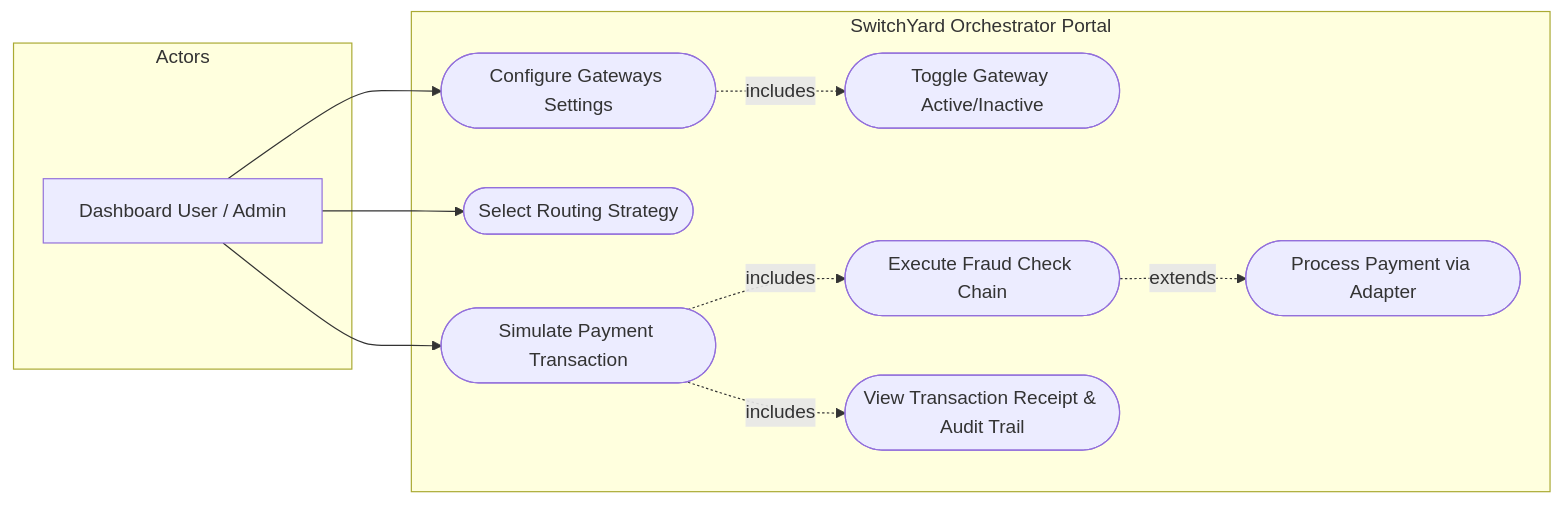
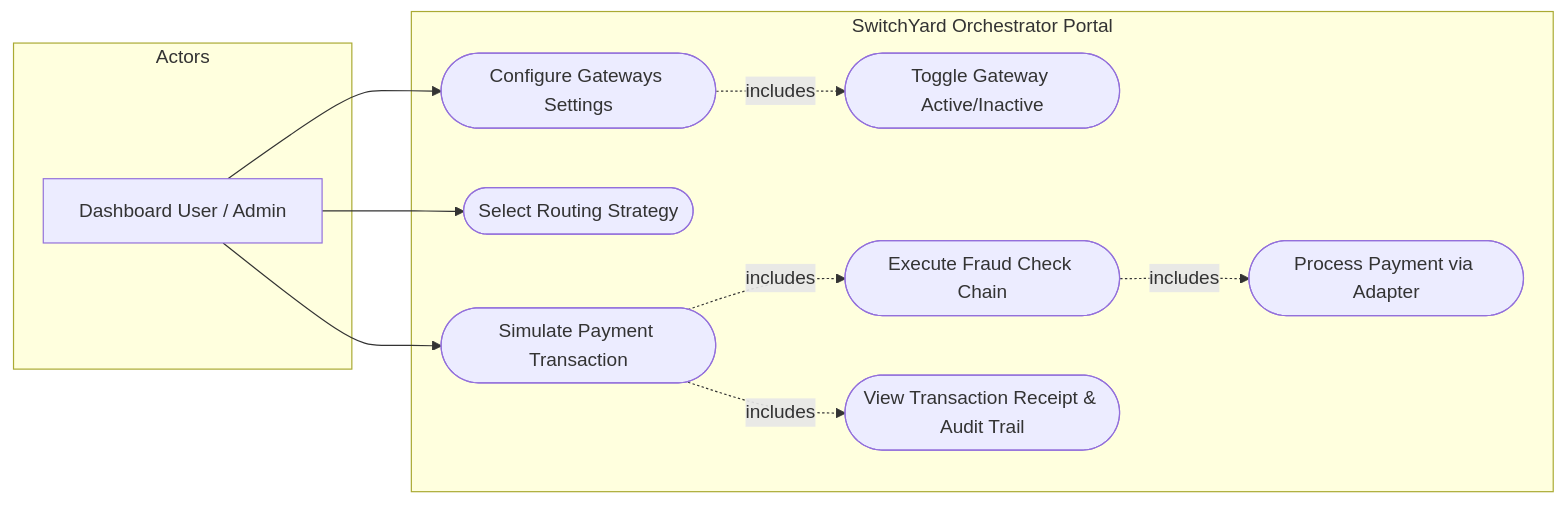
The first of 4 diagrams in docs/OOM_Documentation_and_UML.md (harjasbb07-eng/SwitchYard), drawn with Mermaid before and after one commit. The commit also changed other lines of this file, not shown here.

Commit message:
docs: refine UML relationships and expand SOLID mapping table for evaluation

````diff
--- a/docs/OOM_Documentation_and_UML.md
+++ b/docs/OOM_Documentation_and_UML.md
@@ -6,24 +6,24 @@
 ```mermaid
 flowchart LR
     subgraph Actors
         U[Dashboard User / Admin]
     end
 
     subgraph SwitchYard_System [SwitchYard Orchestrator Portal]
         UC1([Configure Gateways Settings])
         UC2([Toggle Gateway Active/Inactive])
         UC3([Select Routing Strategy])
         UC4([Simulate Payment Transaction])
         UC5([Execute Fraud Check Chain])
         UC6([Process Payment via Adapter])
         UC7([View Transaction Receipt & Audit Trail])
     end
 
     U --> UC1
-    UC1 -.->|includes| UC2
     U --> UC3
     U --> UC4
+    UC1 -.->|includes| UC2
     UC4 -.->|includes| UC5
-    UC5 -.->|extends| UC6
+    UC5 -.->|includes| UC6
     UC4 -.->|includes| UC7
 ```
````
